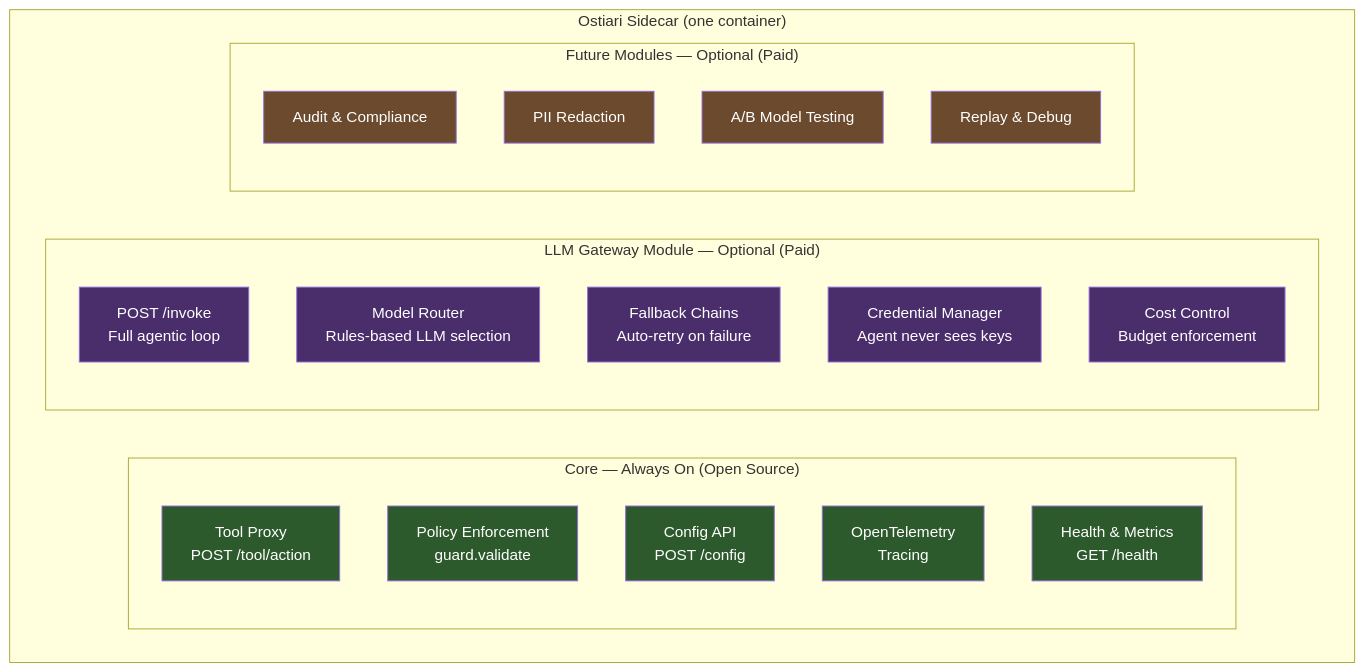
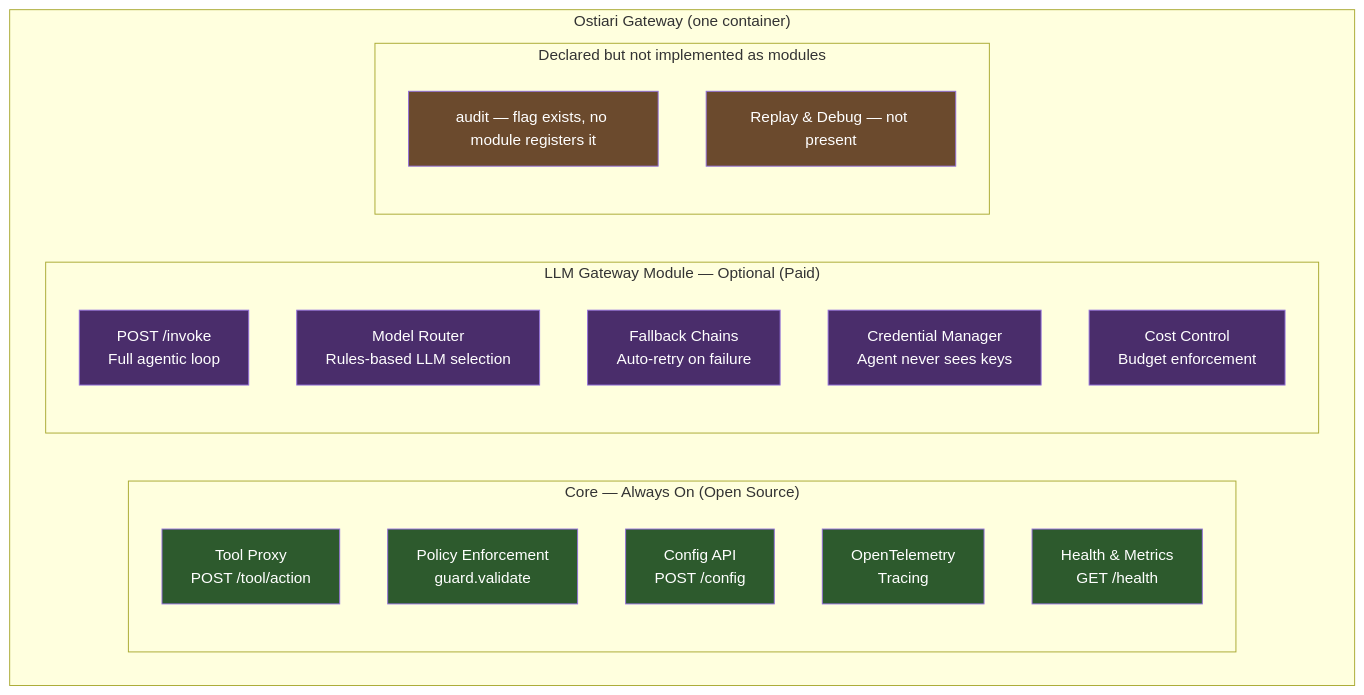
Diagram 12 of 41 in docs/gateway-architecture.md (hk-775/ostiari), drawn with Mermaid before and after one commit. The commit also changed other lines of this file and 21 other files, not shown here.

````diff
--- a/docs/gateway-architecture.md
+++ b/docs/gateway-architecture.md
@@ -944,42 +1280,38 @@
 ```mermaid
 graph TB
-    subgraph "Ostiari Sidecar (one container)"
+    subgraph "Ostiari Gateway (one container)"
         subgraph "Core — Always On (Open Source)"
             TP[Tool Proxy<br/>POST /tool/action]
             PE[Policy Enforcement<br/>guard.validate]
             CP_API[Config API<br/>POST /config]
             OT[OpenTelemetry<br/>Tracing]
             HE[Health & Metrics<br/>GET /health]
         end
 
         subgraph "LLM Gateway Module — Optional (Paid)"
             INV[POST /invoke<br/>Full agentic loop]
             MR[Model Router<br/>Rules-based LLM selection]
             FC[Fallback Chains<br/>Auto-retry on failure]
             CM[Credential Manager<br/>Agent never sees keys]
             CC[Cost Control<br/>Budget enforcement]
         end
 
-        subgraph "Future Modules — Optional (Paid)"
-            AU[Audit & Compliance]
-            PII[PII Redaction]
-            AB[A/B Model Testing]
-            RP[Replay & Debug]
+        subgraph "Declared but not implemented as modules"
+            AU["audit — flag exists, no module registers it"]
+            RP["Replay & Debug — not present"]
         end
     end
 
     style TP fill:#2d5a2d,color:white
     style PE fill:#2d5a2d,color:white
     style CP_API fill:#2d5a2d,color:white
     style OT fill:#2d5a2d,color:white
     style HE fill:#2d5a2d,color:white
     style INV fill:#4a2d6b,color:white
     style MR fill:#4a2d6b,color:white
     style FC fill:#4a2d6b,color:white
     style CM fill:#4a2d6b,color:white
     style CC fill:#4a2d6b,color:white
     style AU fill:#6b4a2d,color:white
-    style PII fill:#6b4a2d,color:white
-    style AB fill:#6b4a2d,color:white
     style RP fill:#6b4a2d,color:white
 ```
````
